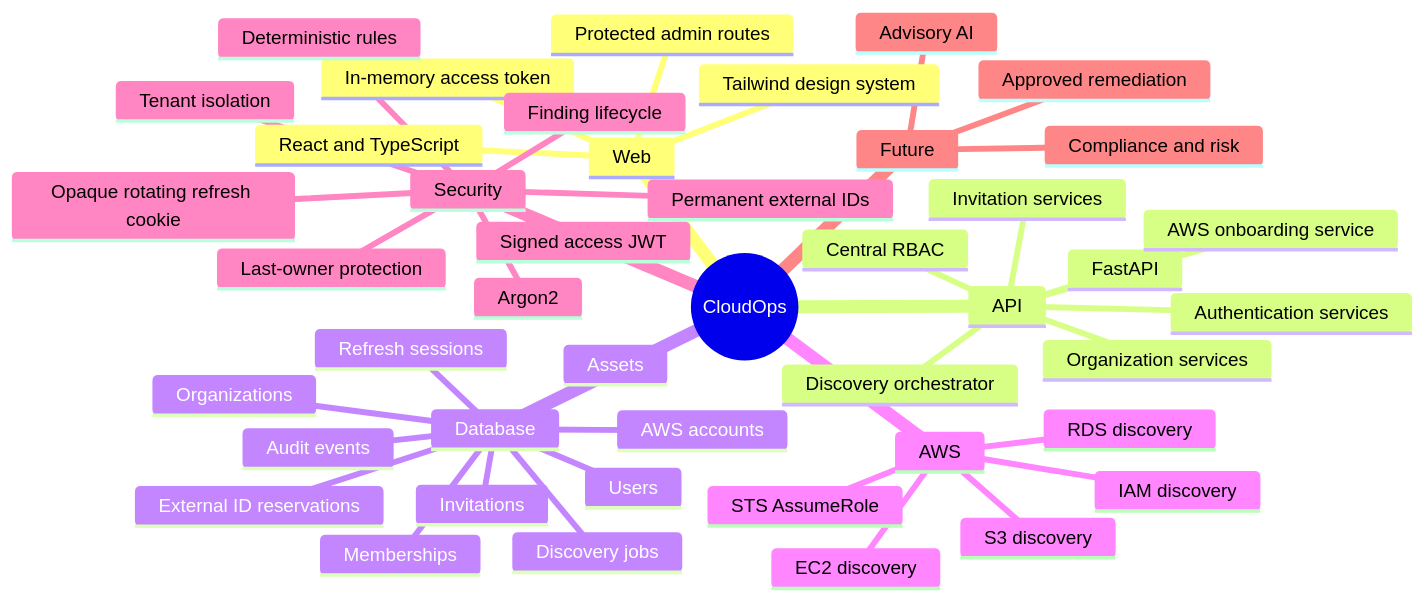
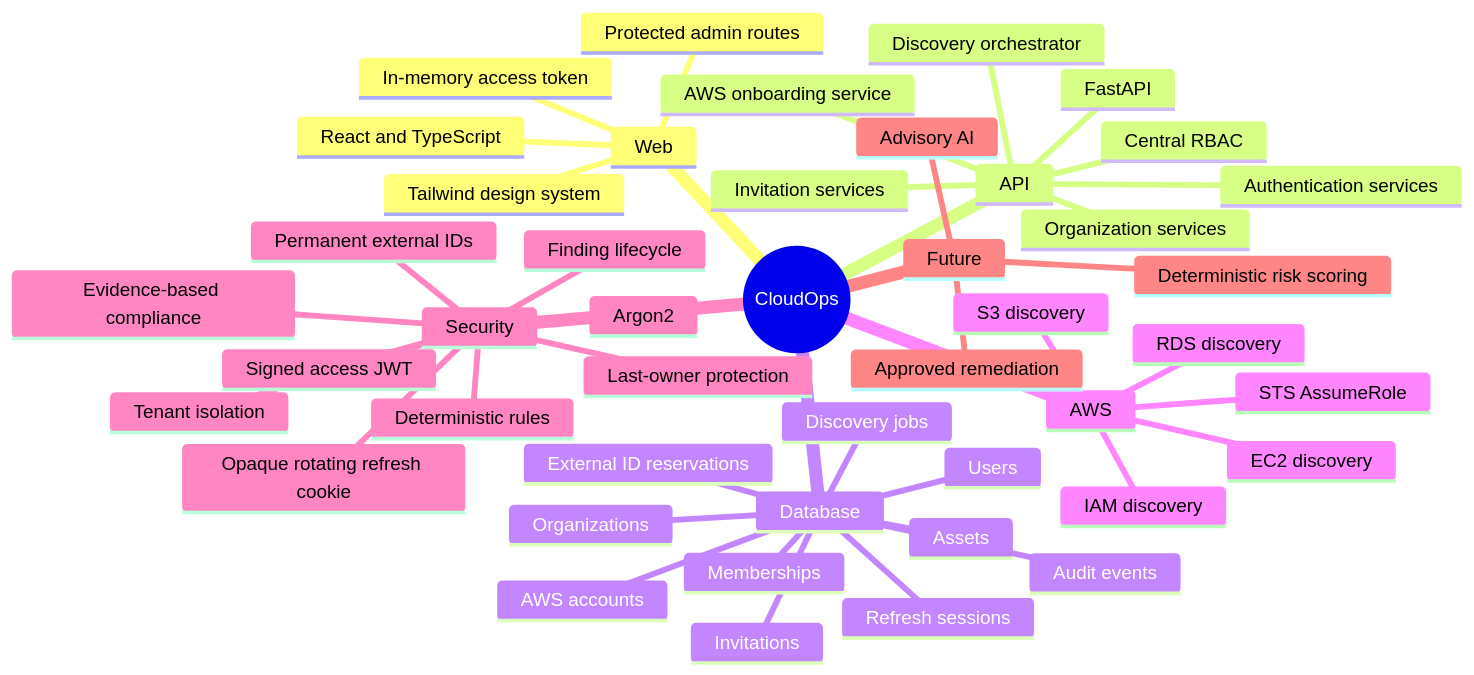
The first of 2 diagrams in NEW_CHAT_CONTEXT.md (cloudops-project/CloudOps), drawn with Mermaid before and after one commit. The commit also changed other lines of this file and 9 other files, not shown here.

````diff
--- a/NEW_CHAT_CONTEXT.md
+++ b/NEW_CHAT_CONTEXT.md
@@ -39,47 +40,48 @@
 ```mermaid
 mindmap
   root((CloudOps))
     Web
       React and TypeScript
       Tailwind design system
       In-memory access token
       Protected admin routes
     API
       FastAPI
       Authentication services
       Organization services
       Invitation services
       AWS onboarding service
       Discovery orchestrator
       Central RBAC
     Database
       Users
       Organizations
       Memberships
       Invitations
       Refresh sessions
       Audit events
       AWS accounts
       External ID reservations
       Assets
       Discovery jobs
     AWS
       STS AssumeRole
       EC2 discovery
       S3 discovery
       IAM discovery
       RDS discovery
     Security
       Argon2
       Signed access JWT
       Opaque rotating refresh cookie
       Tenant isolation
       Last-owner protection
       Permanent external IDs
       Deterministic rules
       Finding lifecycle
+      Evidence-based compliance
     Future
-      Compliance and risk
+      Deterministic risk scoring
       Advisory AI
       Approved remediation
 ```
````
